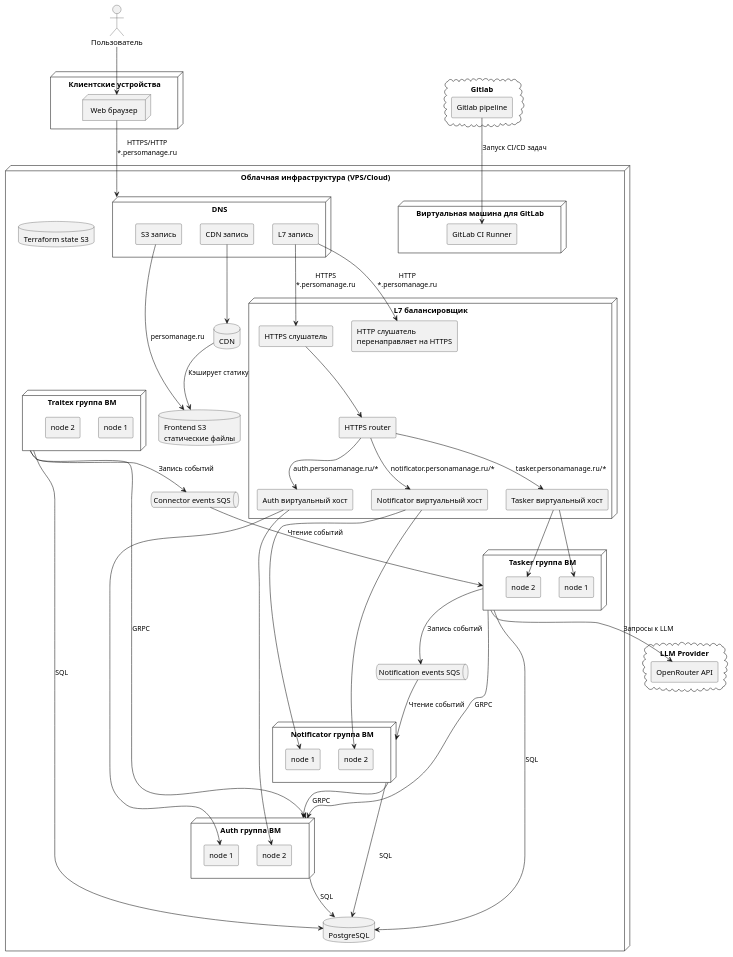
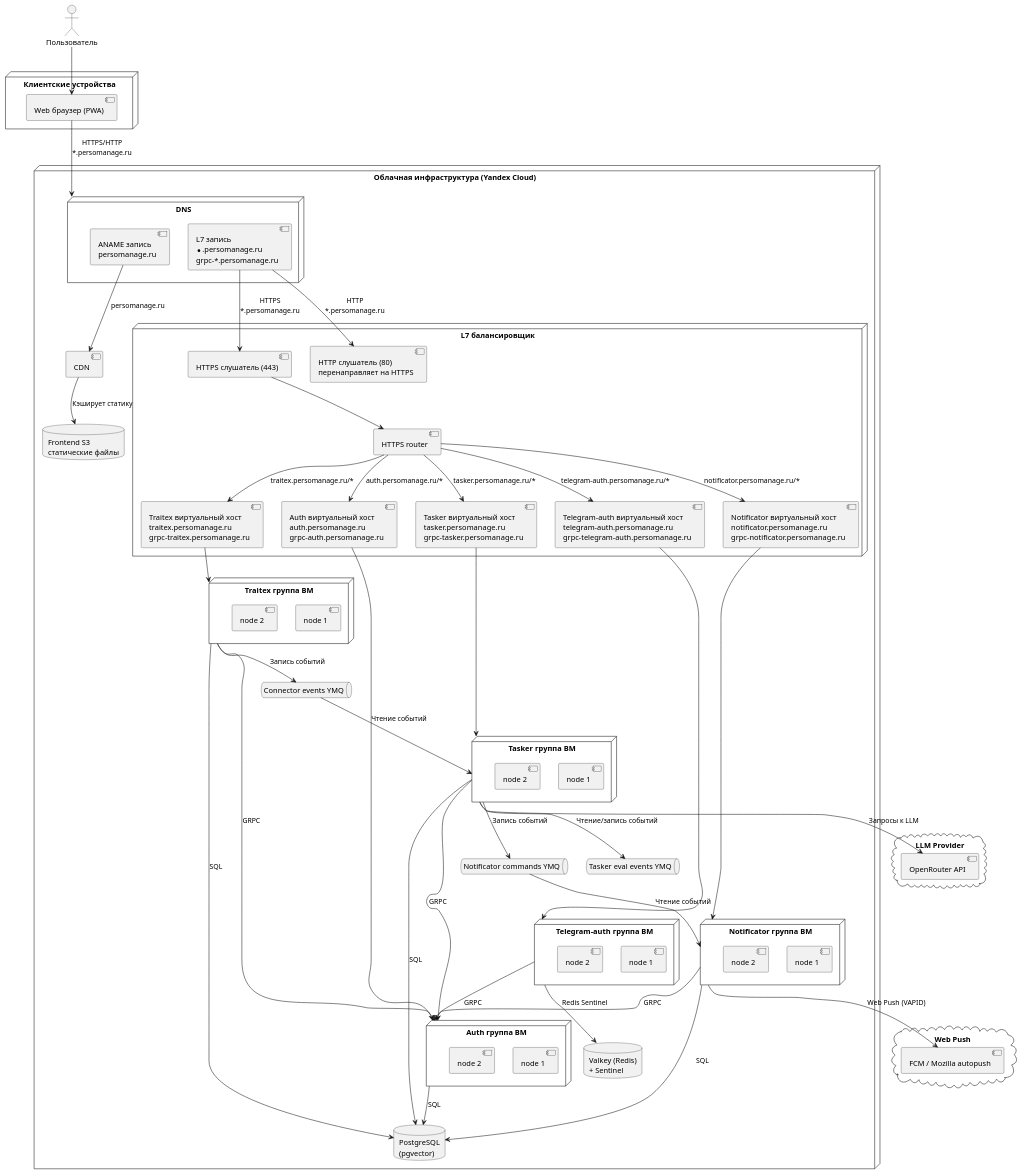
The diagram in backend/tasker/USE_CASES.puml (Doremi203/personage), drawn with PlantUML before and after one commit. The commit also changed 10 other files, not shown here.

Commit message:
update diagrams

```diff
--- a/backend/tasker/USE_CASES.puml
+++ b/backend/tasker/USE_CASES.puml
@@ -1,120 +1,111 @@
 @startuml
 ' Personage — Infrastructure / Deployment diagram
 skinparam shadowing false
-skinparam componentStyle rectangle
 skinparam defaultFontName Arial
 
-' ====== External actors / clients ======
 actor "Пользователь" as User
 
-node "Клиентские устройства" as Clients {
-  node "Web браузер" as WebClient
+node "Клиентские устройства" as ClientDevices {
+  component "Web браузер (PWA)" as WebClient
 }
 
 cloud "LLM Provider" as LLMCloud {
-  [OpenRouter API] as LLMAPI
+  component "OpenRouter API" as LLMAPI
+}
+cloud "Web Push" as PushCloud {
+  component "FCM / Mozilla autopush" as PushAPI
 }
 
-cloud "Gitlab" as gitlab {
-  [Gitlab pipeline] as gitlab_pipeline
-}
-
-' ====== Cloud / VPS environment ======
-node "Облачная инфраструктура (VPS/Cloud)" as CloudEnv {
+node "Облачная инфраструктура (Yandex Cloud)" as CloudEnv {
 
   node "DNS" as dns {
-    component "CDN запись" as dns_cdn
-    component "L7 запись" as dns_l7
-    component "S3 запись" as dns_s3
+    component "ANAME запись\npersomanage.ru" as dns_apex
+    component "L7 запись\n*.persomanage.ru\ngrpc-*.persomanage.ru" as dns_l7
   }
 
   node "L7 балансировщик" as l7 {
-    component "HTTPS слушатель" as l7_https_listener
-    component "HTTP слушатель\nперенаправляет на HTTPS" as l7_http_listener
+    component "HTTPS слушатель (443)" as l7_https
+    component "HTTP слушатель (80)\nперенаправляет на HTTPS" as l7_http
+    component "HTTPS router" as l7_router
 
-    component "HTTPS router" as l7_https_router
-    component "Tasker виртуальный хост" as tasker_virtual_host
-    component "Auth виртуальный хост" as auth_virtual_host
-    component "Notificator виртуальный хост" as notificator_virtual_host
+    component "Tasker виртуальный хост\ntasker.persomanage.ru\ngrpc-tasker.persomanage.ru" as vh_tasker
+    component "Auth виртуальный хост\nauth.persomanage.ru\ngrpc-auth.persomanage.ru" as vh_auth
+    component "Notificator виртуальный хост\nnotificator.persomanage.ru\ngrpc-notificator.persomanage.ru" as vh_notif
+    component "Telegram-auth виртуальный хост\ntelegram-auth.persomanage.ru\ngrpc-telegram-auth.persomanage.ru" as vh_tgauth
+    component "Traitex виртуальный хост\ntraitex.persomanage.ru\ngrpc-traitex.persomanage.ru" as vh_traitex
   }
 
-    node "Tasker группа ВМ" as tasker {
-      component "node 1" as tasker1
-      component "node 2" as tasker2
-    }
+  node "Tasker группа ВМ" as tasker_ig {
+    component "node 1" as tasker_n1
+    component "node 2" as tasker_n2
+  }
+  node "Auth группа ВМ" as auth_ig {
+    component "node 1" as auth_n1
+    component "node 2" as auth_n2
+  }
+  node "Notificator группа ВМ" as notif_ig {
+    component "node 1" as notif_n1
+    component "node 2" as notif_n2
+  }
+  node "Telegram-auth группа ВМ" as tgauth_ig {
+    component "node 1" as tgauth_n1
+    component "node 2" as tgauth_n2
+  }
+  node "Traitex группа ВМ" as traitex_ig {
+    component "node 1" as traitex_n1
+    component "node 2" as traitex_n2
+  }
 
-    node "Notificator группа ВМ" as notificator {
-      component "node 1" as notificator1
-      component "node 2" as notificator2
-    }
+  queue "Connector events YMQ" as q_connector
+  queue "Notificator commands YMQ" as q_notificator
+  queue "Tasker eval events YMQ" as q_eval
 
-    node "Auth группа ВМ" as auth {
-      component "node 1" as auth1
-      component "node 2" as auth2
-    }
+  database "PostgreSQL\n(pgvector)" as PG
+  database "Valkey (Redis)\n+ Sentinel" as Valkey
 
-    node "Traitex группа ВМ" as traitex {
-      component "node 1" as traitex1
-      component "node 2" as traitex2
-    }
-
-    node "Виртуальная машина для GitLab" as gitlab_vm {
-        component "GitLab CI Runner" as gitlab_ci
-    }
-
-    database "PostgreSQL" as PG
-    database "CDN" as cdn
-    database "Frontend S3\nстатические файлы" as s3
-    database "Terraform state S3" as tf_s3
-    queue "Connector events SQS" as connector_events_sqs
-    queue "Notification events SQS" as notification_events_sqs
+  component "CDN" as cdn
+  database "Frontend S3\nстатические файлы" as s3_front
 }
 
-' ====== Connections (clients) ======
 User --> WebClient
-
-' Web / Telegram access
 WebClient --> dns : HTTPS/HTTP\n*.persomanage.ru
 
-dns_cdn --> cdn
-cdn --> s3 : Кэширует статику
+dns_apex --> cdn : persomanage.ru
+dns_l7 --> l7_https : HTTPS\n*.persomanage.ru
+dns_l7 --> l7_http : HTTP\n*.persomanage.ru
+cdn --> s3_front : Кэширует статику
 
-dns_s3 --> s3 : persomanage.ru
+l7_https --> l7_router
+l7_router --> vh_tasker : tasker.persomanage.ru/*
+l7_router --> vh_auth : auth.persomanage.ru/*
+l7_router --> vh_notif : notificator.persomanage.ru/*
+l7_router --> vh_tgauth : telegram-auth.persomanage.ru/*
+l7_router --> vh_traitex : traitex.persomanage.ru/*
 
-dns_l7 --> l7_https_listener : HTTPS\n*.persomanage.ru
-dns_l7 --> l7_http_listener : HTTP\n*.persomanage.ru
-l7_https_listener --> l7_https_router
-l7_https_router --> tasker_virtual_host : tasker.personamanage.ru/*
-l7_https_router --> auth_virtual_host : auth.personamanage.ru/*
-l7_https_router --> notificator_virtual_host : notificator.personamanage.ru/*
-tasker_virtual_host --> tasker1
-tasker_virtual_host --> tasker2
-auth_virtual_host --> auth1
-auth_virtual_host --> auth2
-notificator_virtual_host --> notificator1
-notificator_virtual_host --> notificator2
+vh_tasker --> tasker_ig
+vh_auth --> auth_ig
+vh_notif --> notif_ig
+vh_tgauth --> tgauth_ig
+vh_traitex --> traitex_ig
 
-' Service to service communication '
-tasker --> auth : GRPC
-notificator --> auth : GRPC
-traitex --> auth : GRPC
+tasker_ig --> auth_ig : GRPC
+notif_ig --> auth_ig : GRPC
+traitex_ig --> auth_ig : GRPC
+tgauth_ig --> auth_ig : GRPC
 
-' SQS reading/writing '
-connector_events_sqs --> tasker : Чтение событий
-traitex --> connector_events_sqs : Запись событий
+traitex_ig --> q_connector : Запись событий
+q_connector --> tasker_ig : Чтение событий
+tasker_ig --> q_notificator : Запись событий
+q_notificator --> notif_ig : Чтение событий
+tasker_ig --> q_eval : Чтение/запись событий
 
-notification_events_sqs --> notificator : Чтение событий
-tasker --> notification_events_sqs : Запись событий
+tasker_ig --> PG : SQL
+auth_ig --> PG : SQL
+notif_ig --> PG : SQL
+traitex_ig --> PG : SQL
+tgauth_ig --> Valkey : Redis Sentinel
 
-' LLM API access '
-tasker --> LLMAPI : Запросы к LLM
+tasker_ig --> LLMAPI : Запросы к LLM
+notif_ig --> PushAPI : Web Push (VAPID)
 
-' ====== Data layer ======
-tasker --> PG : SQL
-auth --> PG : SQL
-notificator --> PG : SQL
-traitex --> PG : SQL
-
-' ====== DevOps ====== '
-gitlab_pipeline --> gitlab_ci : Запуск CI/CD задач
 @enduml
```
